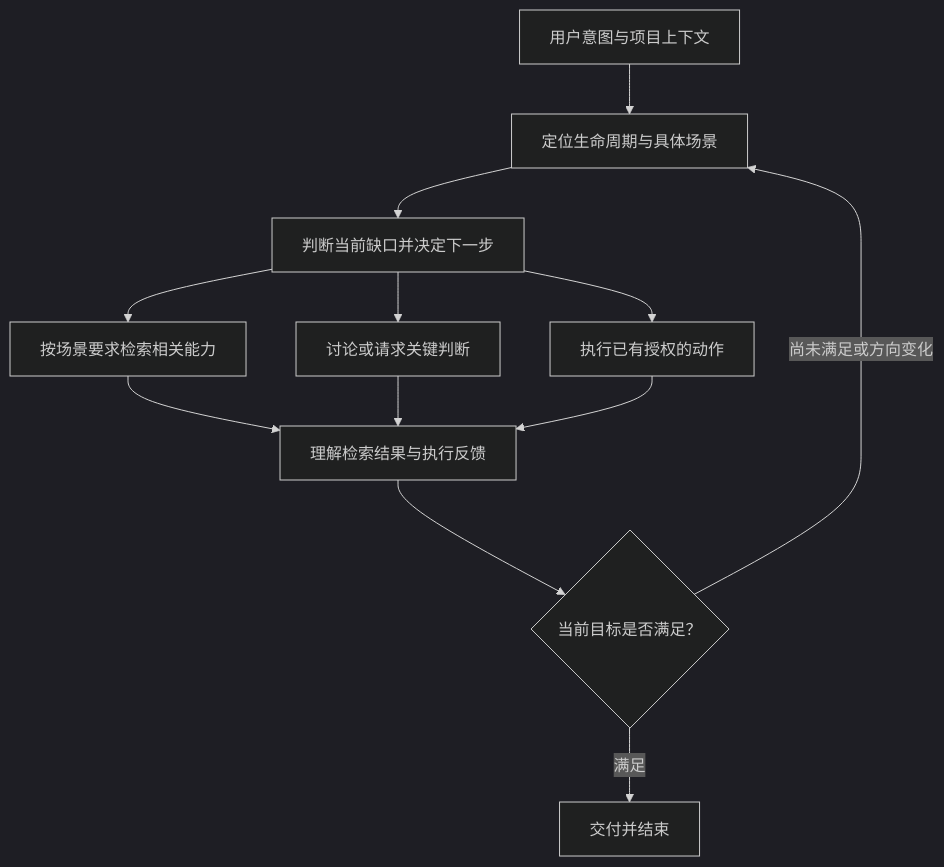
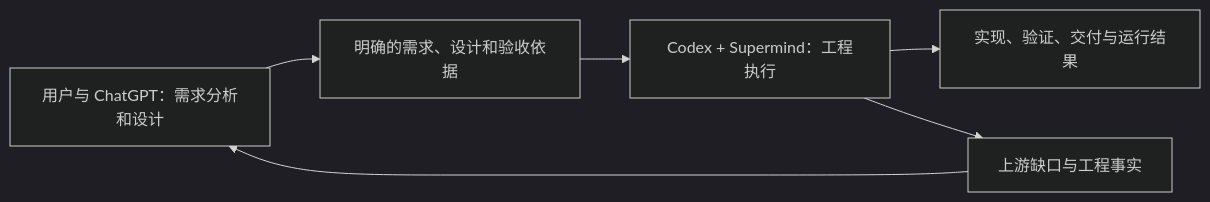
Before and after one commit to luaxlou/supermind: the diagram in README.md, drawn with Mermaid (dark theme). The commit also changed other lines of this file and 40 other files, not shown here.

Commit message:
Release Supermind 0.7.0 for Codex engineering execution

````diff
--- a/README.md
+++ b/README.md
@@ -25,14 +24,8 @@
 ```mermaid
-flowchart TD
-    U[用户意图与项目上下文] --> C[定位生命周期与具体场景]
-    C --> D[判断当前缺口并决定下一步]
-    D --> R[按场景要求检索相关能力]
-    D --> H[讨论或请求关键判断]
-    D --> A[执行已有授权的动作]
-    R --> F[理解检索结果与执行反馈]
-    H --> F
-    A --> F
-    F --> G{当前目标是否满足？}
-    G -->|尚未满足或方向变化| C
-    G -->|满足| E[交付并结束]
+flowchart LR
+    U[用户与 ChatGPT：需求分析和设计] --> I[明确的需求、设计和验收依据]
+    I --> E[Codex + Supermind：工程执行]
+    E --> R[实现、验证、交付与运行结果]
+    E --> Q[上游缺口与工程事实]
+    Q --> U
 ```
````
